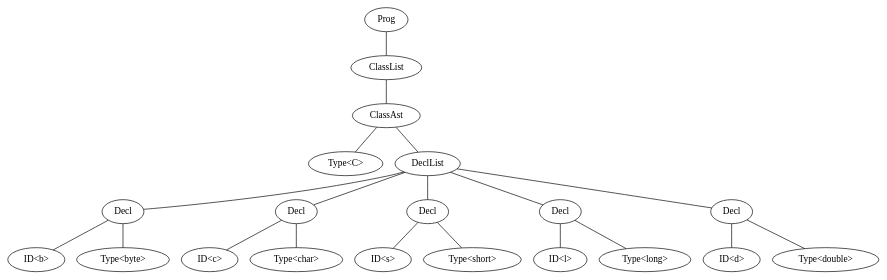
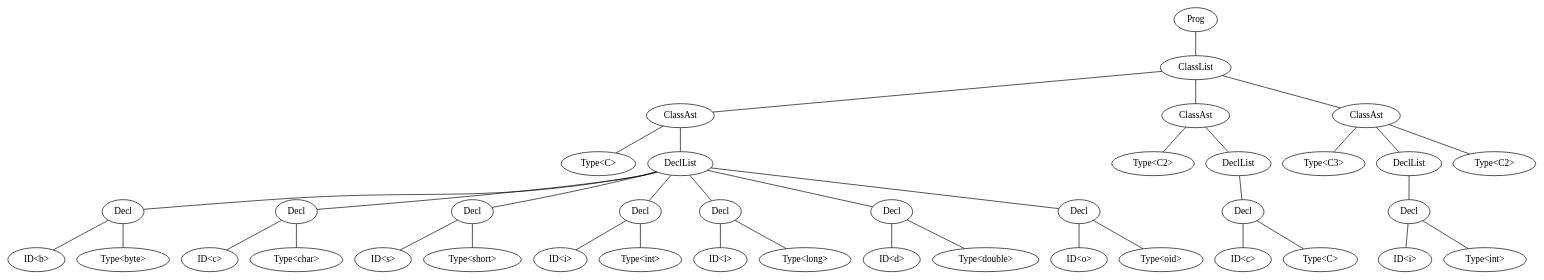
One commit to Patrick448/Hackathon-Rerum changed the diagram in ast.dot. Above: the diagram before and after it, drawn with Graphviz. The commit also changed 12 other files, not shown here.

```diff
--- a/ast.dot
+++ b/ast.dot
@@ -1,41 +1,79 @@
 graph program {
-20 [label=Prog]
-20--18
-18 [label=ClassList]
-18--17
-17 [label= "ClassAst"]
-17--16
-16 [label="Type<C>"]
-17--3
+39 [label=Prog]
+39--24
+24 [label=ClassList]
+24--23
+23 [label= "ClassAst"]
+23--22
+22 [label="Type<C>"]
+23--3
 3 [label=DeclList]
 3--2
 2 [label="Decl"]
 2--1
 1 [label="ID<b>"]
 2--0
 0 [label="Type<byte>"]
 3--6
 6 [label="Decl"]
 6--5
 5 [label="ID<c>"]
 6--4
 4 [label="Type<char>"]
 3--9
 9 [label="Decl"]
 9--8
 8 [label="ID<s>"]
 9--7
 7 [label="Type<short>"]
 3--12
 12 [label="Decl"]
 12--11
-11 [label="ID<l>"]
+11 [label="ID<i>"]
 12--10
-10 [label="Type<long>"]
+10 [label="Type<int>"]
 3--15
 15 [label="Decl"]
 15--14
-14 [label="ID<d>"]
+14 [label="ID<l>"]
 15--13
-13 [label="Type<double>"]
+13 [label="Type<long>"]
+3--18
+18 [label="Decl"]
+18--17
+17 [label="ID<d>"]
+18--16
+16 [label="Type<double>"]
+3--21
+21 [label="Decl"]
+21--20
+20 [label="ID<o>"]
+21--19
+19 [label="Type<oid>"]
+24--31
+31 [label= "ClassAst"]
+31--30
+30 [label="Type<C2>"]
+31--29
+29 [label=DeclList]
+29--28
+28 [label="Decl"]
+28--27
+27 [label="ID<c>"]
+28--26
+26 [label="Type<C>"]
+24--38
+38 [label= "ClassAst"]
+38--36
+36 [label="Type<C3>"]
+38--35
+35 [label=DeclList]
+35--34
+34 [label="Decl"]
+34--33
+33 [label="ID<i>"]
+34--32
+32 [label="Type<int>"]
+38--37
+37 [label="Type<C2>"]
 }
```
